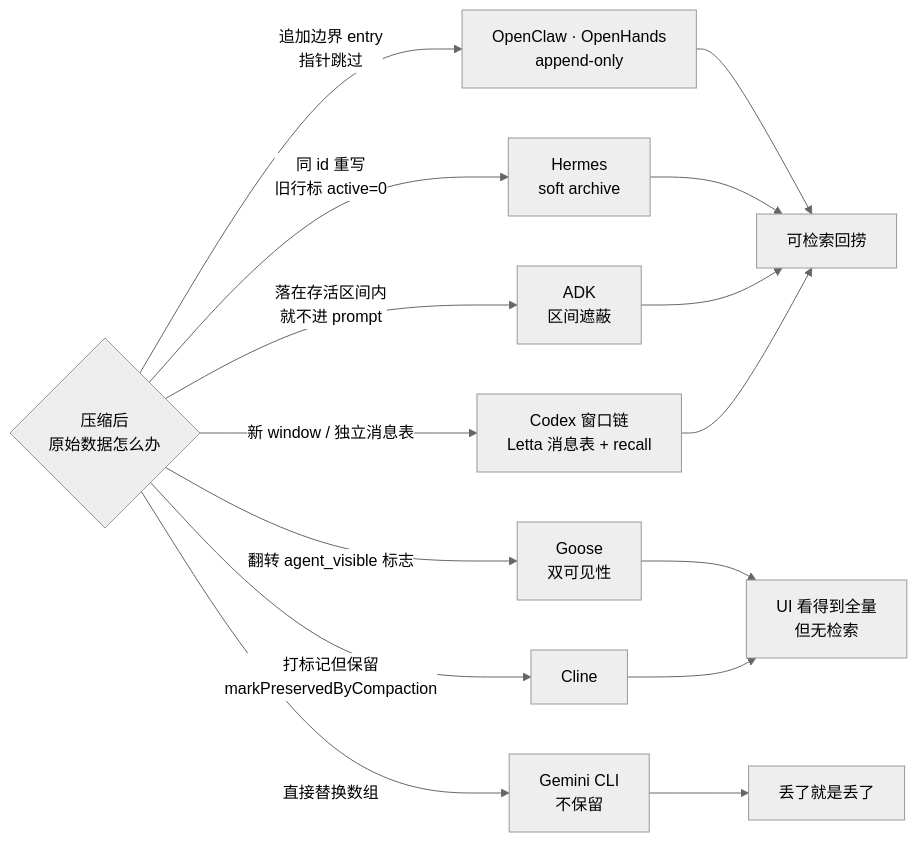
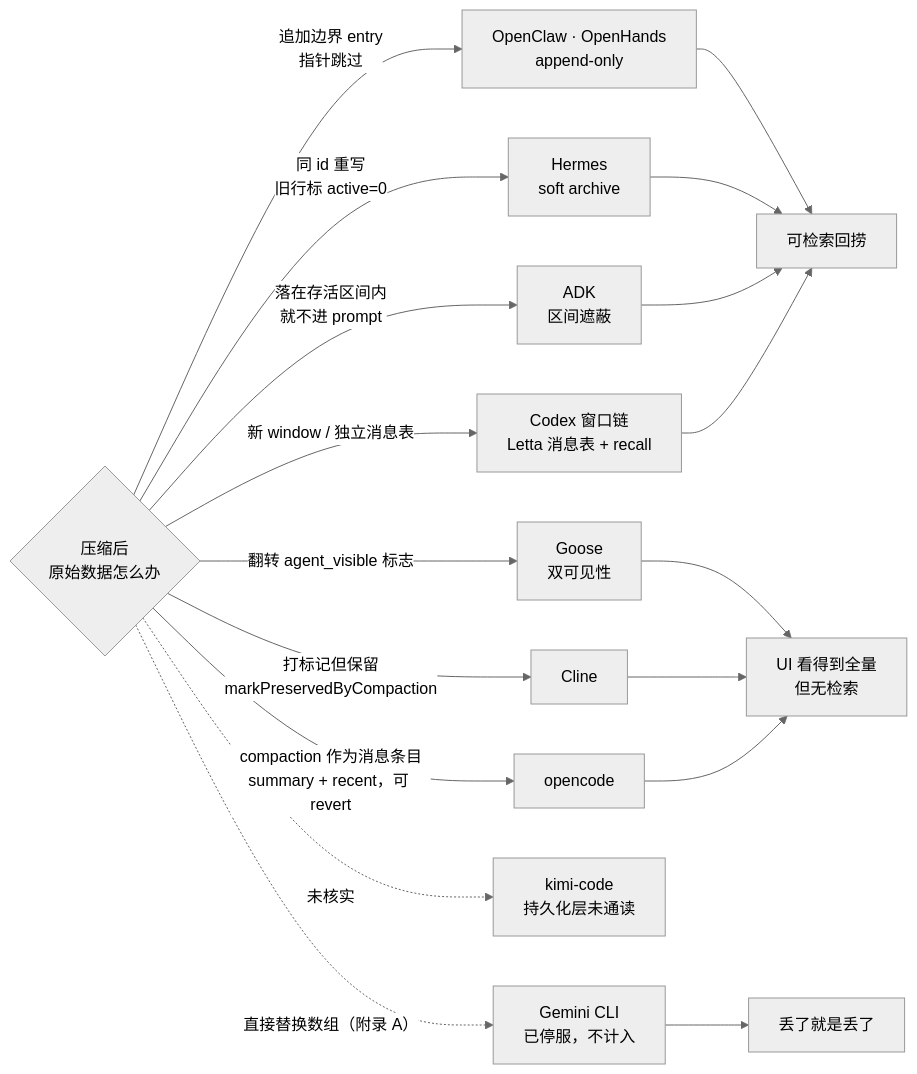
Before and after one commit to caiboyang/ML-learning: diagram 17 of 18 in agent-context-compression/Agent_Context_Compression_Research.md, drawn with Mermaid (neutral theme). The commit also changed other lines of this file, not shown here.

Commit message:
Finish propagating the kimi-code live-path finding into 15.1, 15.5 and 17.2
Three more sites still described kimi-code by its dormant code, or predated
the L6 table fix.

15.1's trigger row listed the retention policy as "4 messages / 20% window /
legal cut point" and the retry as "must free at least 5%" -- all four fields
are unreachable on the v2 path. It now states what runs: full-history
compaction, then user-message-only retention via compactionHandoff, and
[0.7, 0.5, 0.35] shrink retries. Also flags that W itself moves.

15.5's diagram still branched to Gemini CLI while having no branch for
opencode, so the seven classes could not be counted off it. opencode's
compaction-message model is now a branch, kimi-code hangs off a dotted
unverified edge, and Gemini is dotted and labelled appendix-only.

17.2 omitted kimi-code entirely despite it holding the strongest role
preference in the set -- after compaction only whitelisted real user
messages survive. It joins Codex in that row, at the same 20K budget, with
the disposition allowlist that makes the policy workable.

````diff
--- a/agent-context-compression/Agent_Context_Compression_Research.md
+++ b/agent-context-compression/Agent_Context_Compression_Research.md
@@ -2717,18 +2717,21 @@
 ```mermaid
 flowchart LR
     Q{"压缩后<br/>原始数据怎么办"}
     Q -->|"追加边界 entry<br/>指针跳过"| A["OpenClaw · OpenHands<br/>append-only"]
     Q -->|"同 id 重写<br/>旧行标 active=0"| B["Hermes<br/>soft archive"]
     Q -->|"翻转 agent_visible 标志"| C["Goose<br/>双可见性"]
     Q -->|"落在存活区间内<br/>就不进 prompt"| D["ADK<br/>区间遮蔽"]
     Q -->|"打标记但保留<br/>markPreservedByCompaction"| F["Cline"]
     Q -->|"新 window / 独立消息表"| G["Codex 窗口链<br/>Letta 消息表 + recall"]
-    Q -->|"直接替换数组"| E["Gemini CLI<br/>不保留"]
+    Q -->|"compaction 作为消息条目<br/>summary + recent，可 revert"| H["opencode"]
+    Q -.->|"未核实"| K["kimi-code<br/>持久化层未通读"]
+    Q -.->|"直接替换数组（附录 A）"| E["Gemini CLI<br/>已停服，不计入"]
     A --> R["可检索回捞"]
     B --> R
     D --> R
     G --> R
     C --> U["UI 看得到全量<br/>但无检索"]
     F --> U
+    H --> U
     E --> N["丢了就是丢了"]
 ```
````
